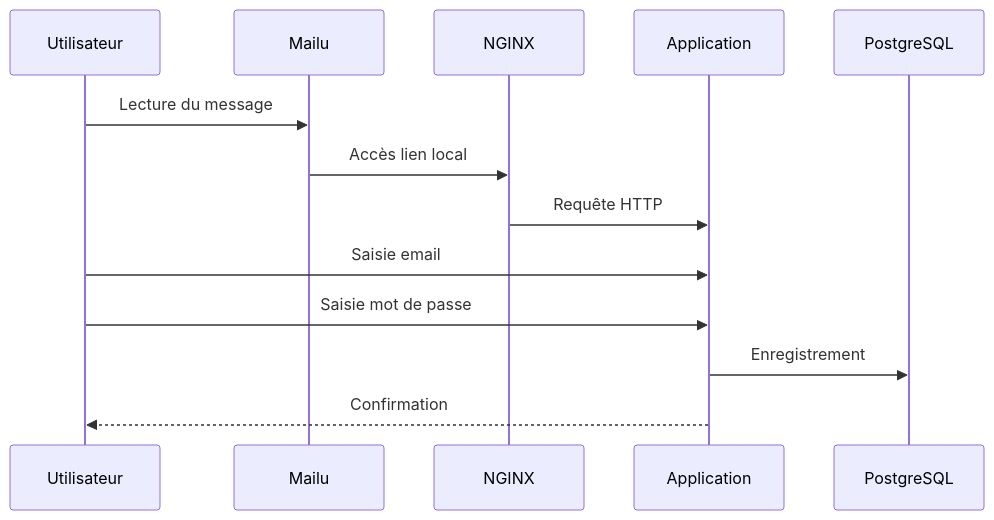
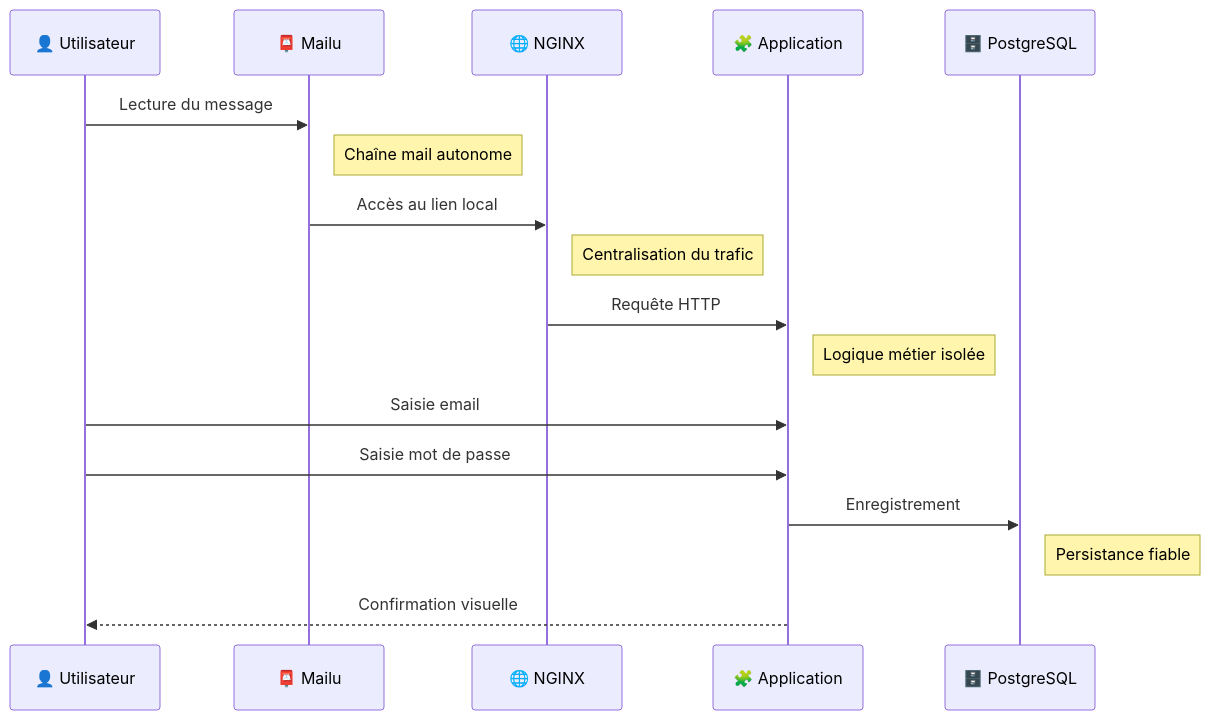
Before and after one commit to Alidrix/L_ATELIER: the second of 2 diagrams in README.md, drawn with Mermaid. The commit also changed other lines of this file and 12 other files, not shown here.

Commit message:
Update README with architecture and launch details

````diff
--- a/README.md
+++ b/README.md
@@ -47,16 +47,20 @@
 ```mermaid
 sequenceDiagram
-  participant U as Utilisateur
-  participant W as Mailu
-  participant N as NGINX
-  participant A as Application
-  participant D as PostgreSQL
+  participant U as 👤 Utilisateur
+  participant M as 📮 Mailu
+  participant N as 🌐 NGINX
+  participant A as 🧩 Application
+  participant D as 🗄️ PostgreSQL
 
-  U->>W: Lecture du message
-  W->>N: Accès lien local
+  U->>M: Lecture du message
+  Note right of M: Chaîne mail autonome
+  M->>N: Accès au lien local
+  Note right of N: Centralisation du trafic
   N->>A: Requête HTTP
+  Note right of A: Logique métier isolée
   U->>A: Saisie email
   U->>A: Saisie mot de passe
   A->>D: Enregistrement
-  A-->>U: Confirmation
+  Note right of D: Persistance fiable
+  A-->>U: Confirmation visuelle
 ```
````
